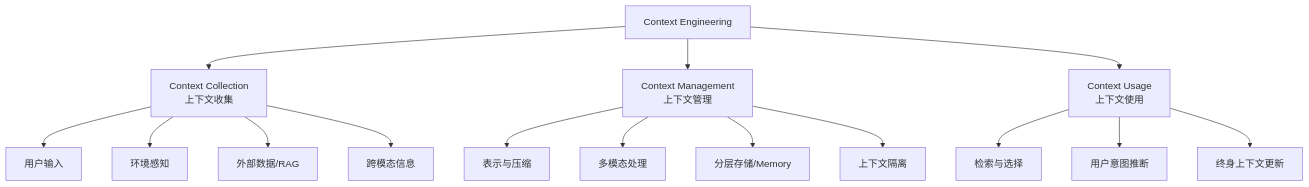
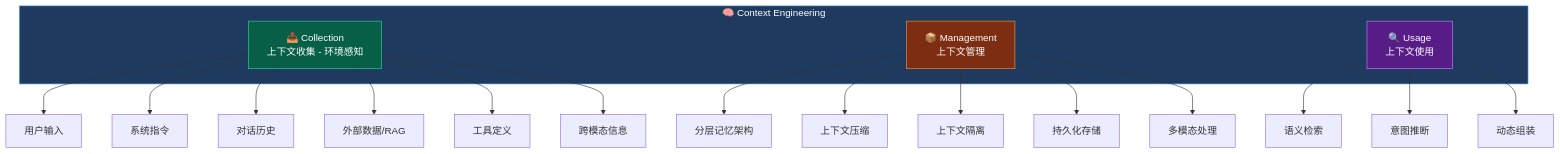
Before and after one commit to ThreeFish-AI/agentic-ai-cognizes: the second of 5 diagrams in docs/research/001-context-engineering.md, drawn with Mermaid. The commit also changed other lines of this file and 2 other files, not shown here.

````diff
--- a/docs/research/001-context-engineering.md
+++ b/docs/research/001-context-engineering.md
@@ -104,20 +143,30 @@
 ```mermaid
 graph TD
-    CE[Context Engineering] --> CC[Context Collection<br>上下文收集]
-    CE --> CM[Context Management<br>上下文管理]
-    CE --> CU[Context Usage<br>上下文使用]
+    subgraph CE["🧠 Context Engineering"]
+        CC["📥 Collection<br>上下文收集 - 环境感知"]
+        CM["📦 Management<br>上下文管理"]
+        CU["🔍 Usage<br>上下文使用"]
+    end
 
-    CC --> CC1[用户输入]
-    CC --> CC2[环境感知]
-    CC --> CC3[外部数据/RAG]
-    CC --> CC4[跨模态信息]
+    CC --> CC1["用户输入"]
+    CC --> CC2["系统指令"]
+    CC --> CC3["对话历史"]
+    CC --> CC4["外部数据/RAG"]
+    CC --> CC5["工具定义"]
+    CC --> CC6[跨模态信息]
 
-    CM --> CM1[表示与压缩]
-    CM --> CM2[多模态处理]
-    CM --> CM3[分层存储/Memory]
-    CM --> CM4[上下文隔离]
+    CM --> CM1["分层记忆架构"]
+    CM --> CM2["上下文压缩"]
+    CM --> CM3["上下文隔离"]
+    CM --> CM4["持久化存储"]
+    CM --> CM5[多模态处理]
 
-    CU --> CU1[检索与选择]
-    CU --> CU2[用户意图推断]
-    CU --> CU3[终身上下文更新]
+    CU --> CU1["语义检索"]
+    CU --> CU2["意图推断"]
+    CU --> CU3["动态组装"]
+
+    style CE fill:#1e3a5f,stroke:#60a5fa,color:#fff
+    style CC fill:#065f46,stroke:#34d399,color:#fff
+    style CM fill:#7c2d12,stroke:#fb923c,color:#fff
+    style CU fill:#581c87,stroke:#c084fc,color:#fff
 ```
````
